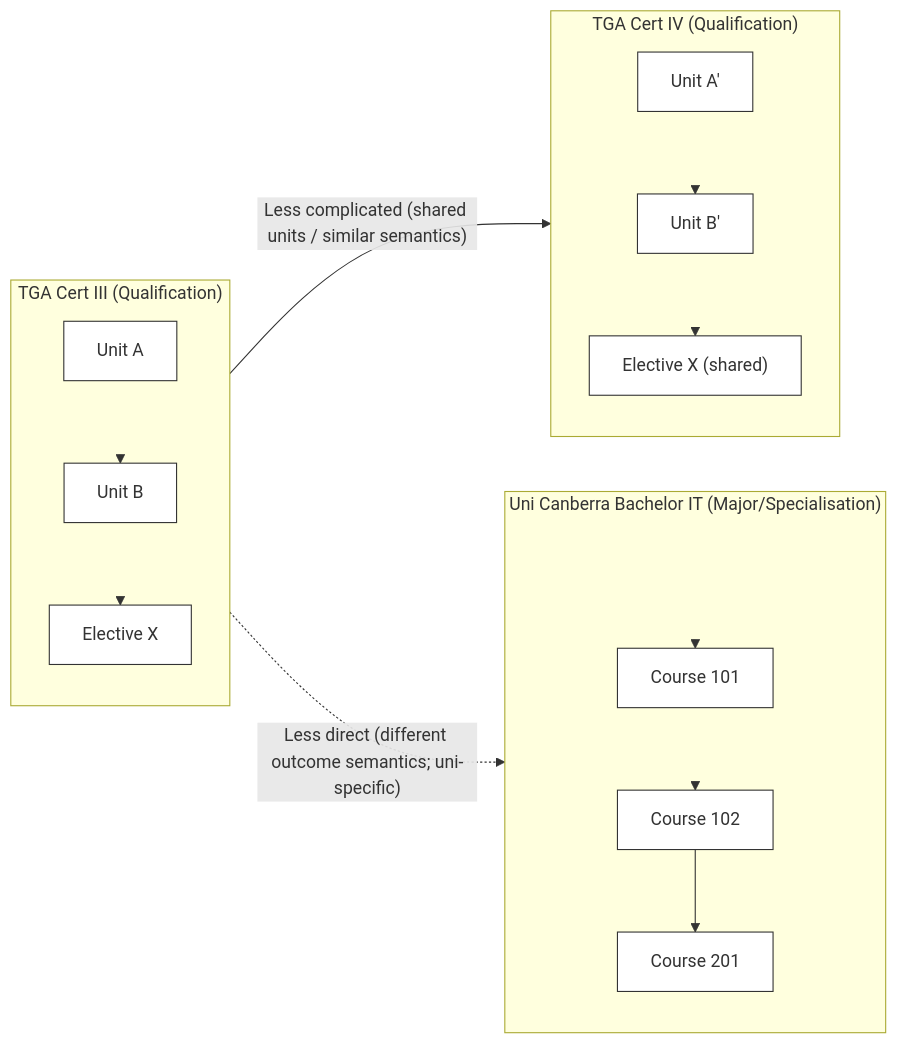
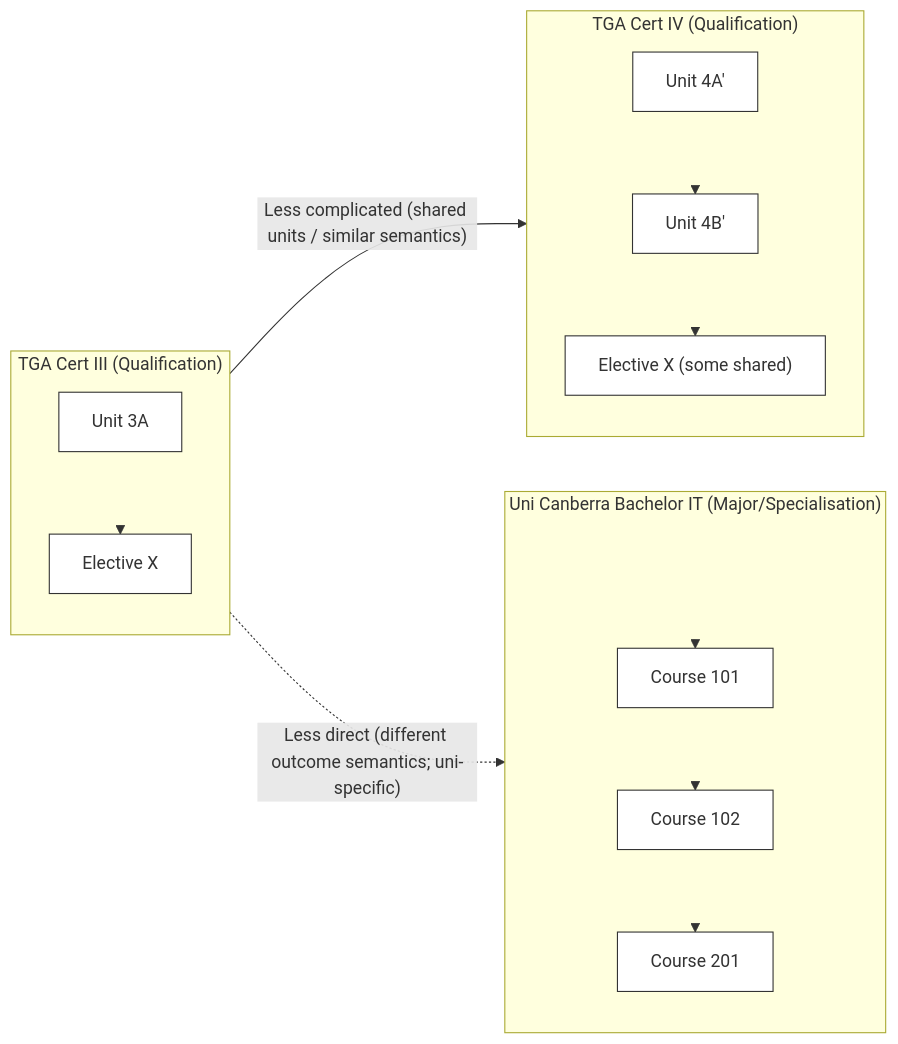
The first of 3 diagrams in reports/creditTransferModels.md (leskneebone/skills-SPARQL), drawn with Mermaid before and after one commit.

````diff
--- a/reports/creditTransferModels.md
+++ b/reports/creditTransferModels.md
@@ -1,38 +1,36 @@
 ```mermaid
 flowchart LR
   %% Diagram 1 — direct mappings (VET↔VET easier than VET↔HE)
 
   subgraph CertIII["TGA Cert III (Qualification)"]
-    C3a["Unit A"]:::unit
-    C3b["Unit B"]:::unit
+    C3a["Unit 3A"]:::unit
     C3d["Elective X"]:::unit
-    C3a --> C3b
-    C3b --> C3d
+    C3a --> C3d
   end
 
   subgraph CertIV["TGA Cert IV (Qualification)"]
-    C4a["Unit A'"]:::unit
-    C4b["Unit B'"]:::unit
-    C4x["Elective X (shared)"]:::unit
+    C4a["Unit 4A'"]:::unit
+    C4b["Unit 4B'"]:::unit
+    C4x["Elective X (some shared)"]:::unit
     C4a --> C4b
     C4b --> C4x
   end
 
   subgraph UCBIT["Uni Canberra Bachelor IT (Major/Specialisation)"]
     spacer[" "]:::spacer
     UC1["Course 101"]:::unit
     UC2["Course 102"]:::unit
     UC3["Course 201"]:::unit
     spacer --> UC1
     UC1 --> UC2 --> UC3
   end
 
   CertIII -- "Less complicated (shared units / similar semantics)" --> CertIV
   CertIII -. "Less direct (different outcome semantics; uni-specific)" .-> UCBIT
 
   classDef unit fill:#fff,stroke:#333,stroke-width:1px;
   classDef spacer fill:none,stroke:none;
 
   %% Hide the internal “stacking” links (indices 0..5)
   linkStyle 0,1,2,3,4,5 stroke-width:0px;
 ```
````
